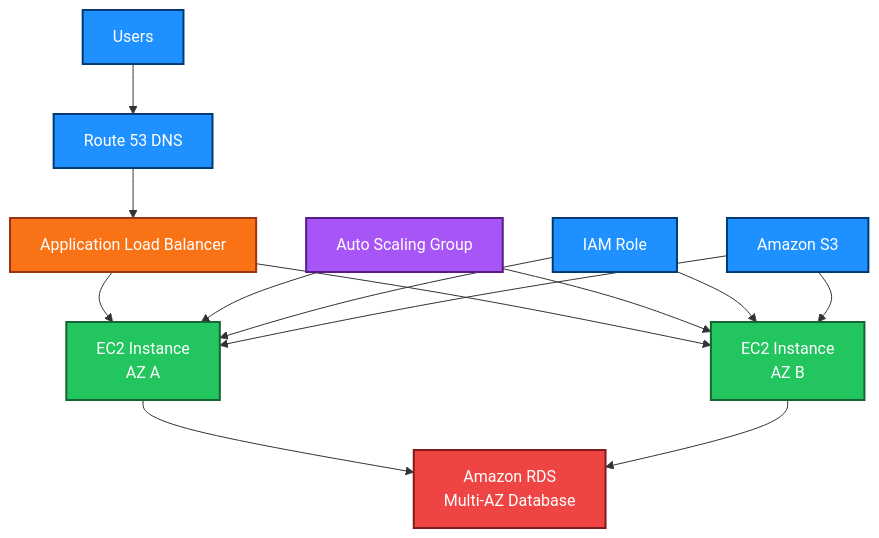
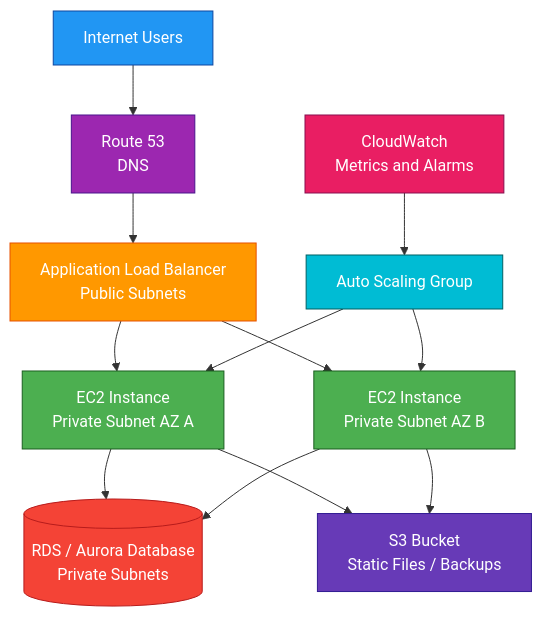
Before and after one commit to hsabit01/aws-study-guide: the second of 2 diagrams in notes/EC2.md, drawn with Mermaid. The commit also changed other lines of this file and 32 other files, not shown here.

````diff
--- a/notes/EC2.md
+++ b/notes/EC2.md
@@ -627,33 +817,29 @@
 ```mermaid
-flowchart TB
-    Users["Users"] --> Route53["Route 53 DNS"]
-    Route53 --> ALB["Application Load Balancer"]
+flowchart TD
+    A[Internet Users] --> B[Route 53<br/>DNS]
+    B --> C[Application Load Balancer<br/>Public Subnets]
 
-    ALB --> EC2A["EC2 Instance<br/>AZ A"]
-    ALB --> EC2B["EC2 Instance<br/>AZ B"]
+    C --> D[EC2 Instance<br/>Private Subnet AZ A]
+    C --> E[EC2 Instance<br/>Private Subnet AZ B]
 
-    EC2A --> RDS["Amazon RDS<br/>Multi-AZ Database"]
-    EC2B --> RDS
+    F[Auto Scaling Group] --> D
+    F --> E
 
-    ASG["Auto Scaling Group"] --> EC2A
-    ASG --> EC2B
+    D --> G[(RDS / Aurora Database<br/>Private Subnets)]
+    E --> G
 
-    IAM["IAM Role"] --> EC2A
-    IAM --> EC2B
+    D --> H[S3 Bucket<br/>Static Files / Backups]
+    E --> H
 
-    S3["Amazon S3"] --> EC2A
-    S3 --> EC2B
+    I[CloudWatch<br/>Metrics and Alarms] --> F
 
-    classDef blue fill:#1E90FF,stroke:#003B73,color:#ffffff,stroke-width:2px;
-    classDef green fill:#22C55E,stroke:#166534,color:#ffffff,stroke-width:2px;
-    classDef orange fill:#F97316,stroke:#9A3412,color:#ffffff,stroke-width:2px;
-    classDef purple fill:#A855F7,stroke:#581C87,color:#ffffff,stroke-width:2px;
-    classDef red fill:#EF4444,stroke:#7F1D1D,color:#ffffff,stroke-width:2px;
-
-    class Users,Route53 blue;
-    class ALB orange;
-    class EC2A,EC2B green;
-    class ASG purple;
-    class RDS red;
-    class IAM,S3 blue;
+    style A fill:#2196F3,stroke:#0D47A1,color:#fff
+    style B fill:#9C27B0,stroke:#4A148C,color:#fff
+    style C fill:#FF9800,stroke:#E65100,color:#fff
+    style D fill:#4CAF50,stroke:#1B5E20,color:#fff
+    style E fill:#4CAF50,stroke:#1B5E20,color:#fff
+    style F fill:#00BCD4,stroke:#006064,color:#fff
+    style G fill:#F44336,stroke:#B71C1C,color:#fff
+    style H fill:#673AB7,stroke:#311B92,color:#fff
+    style I fill:#E91E63,stroke:#880E4F,color:#fff
 ```
````
